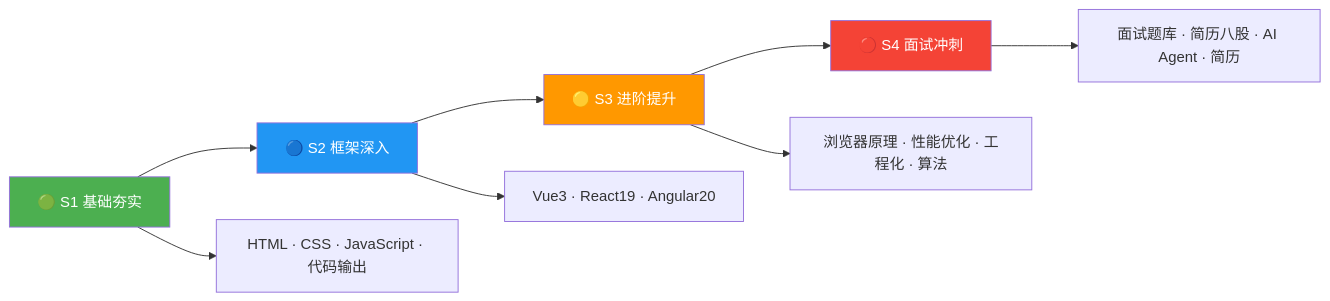
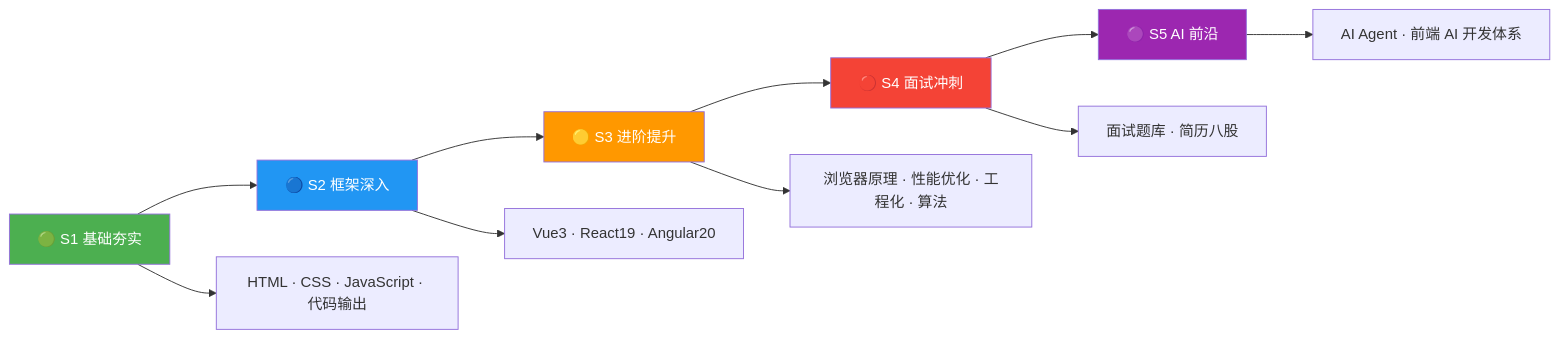
Before and after one commit to KMaybe01/common: the diagram in README.md, drawn with Mermaid. The commit also changed other lines of this file and 8 other files, not shown here.

````diff
--- a/README.md
+++ b/README.md
@@ -9,14 +9,17 @@
 ```mermaid
 graph LR
     S1["🟢 S1 基础夯实"] --> S2["🔵 S2 框架深入"]
     S2 --> S3["🟡 S3 进阶提升"]
     S3 --> S4["🔴 S4 面试冲刺"]
+    S4 --> S5["🟣 S5 AI 前沿"]
     S1 --> A["HTML · CSS · JavaScript · 代码输出"]
     S2 --> B["Vue3 · React19 · Angular20"]
     S3 --> C["浏览器原理 · 性能优化 · 工程化 · 算法"]
-    S4 --> D["面试题库 · 简历八股 · AI Agent · 简历"]
+    S4 --> D["面试题库 · 简历八股"]
+    S5 --> E["AI Agent · 前端 AI 开发体系"]
     style S1 fill:#4caf50,color:#fff
     style S2 fill:#2196f3,color:#fff
     style S3 fill:#ff9800,color:#fff
     style S4 fill:#f44336,color:#fff
+    style S5 fill:#9c27b0,color:#fff
 ```
````
